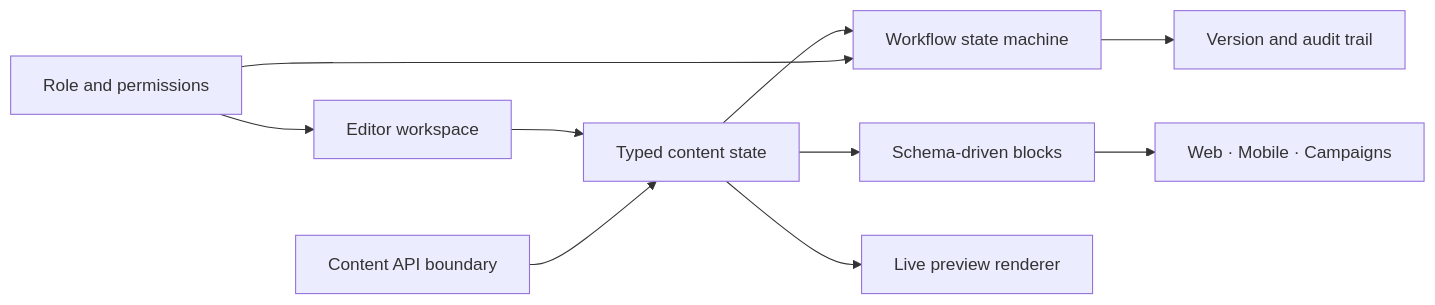
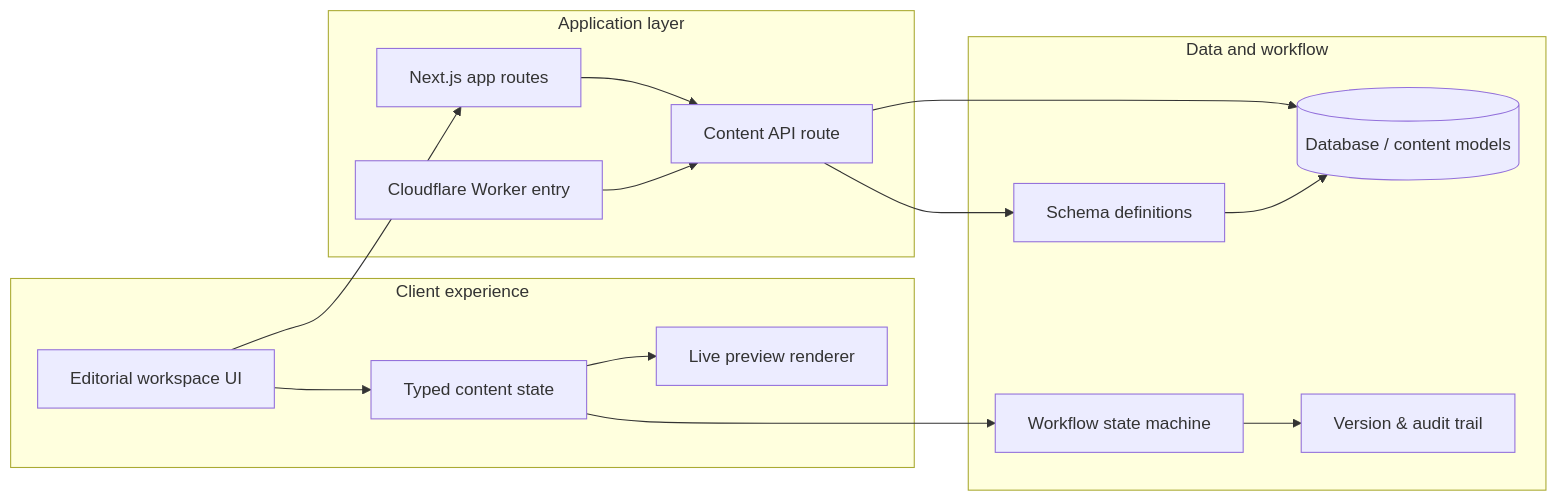
One commit to PriyankaSDaida/canvascore-cms changed the diagram in README.md. Above: the diagram before and after it, drawn with Mermaid. The commit also changed other lines of this file, not shown here.

Commit message:
Enhance README.md with detailed architecture and workflow explanations

````diff
--- a/README.md
+++ b/README.md
@@ -23,12 +25,32 @@
 ```mermaid
 flowchart LR
-  Editor[Editor workspace] --> State[Typed content state]
-  State --> Blocks[Schema-driven blocks]
-  State --> Workflow[Workflow state machine]
-  State --> Preview[Live preview renderer]
-  Roles[Role and permissions] --> Workflow
-  Roles --> Editor
-  API[Content API boundary] --> State
-  Workflow --> Audit[Version and audit trail]
-  Blocks --> Channels[Web · Mobile · Campaigns]
+  subgraph Client[Client experience]
+    UI[Editorial workspace UI]
+    State[Typed content state]
+    Preview[Live preview renderer]
+  end
+
+  subgraph App[Application layer]
+    Routes[Next.js app routes]
+    API[Content API route]
+    Worker[Cloudflare Worker entry]
+  end
+
+  subgraph Data[Data and workflow]
+    Schema[Schema definitions]
+    DB[(Database / content models)]
+    Workflow[Workflow state machine]
+    Audit[Version & audit trail]
+  end
+
+  UI --> State
+  State --> Preview
+  State --> Workflow
+  UI --> Routes
+  Routes --> API
+  API --> Schema
+  API --> DB
+  Workflow --> Audit
+  Schema --> DB
+  Worker --> API
 ```
````
